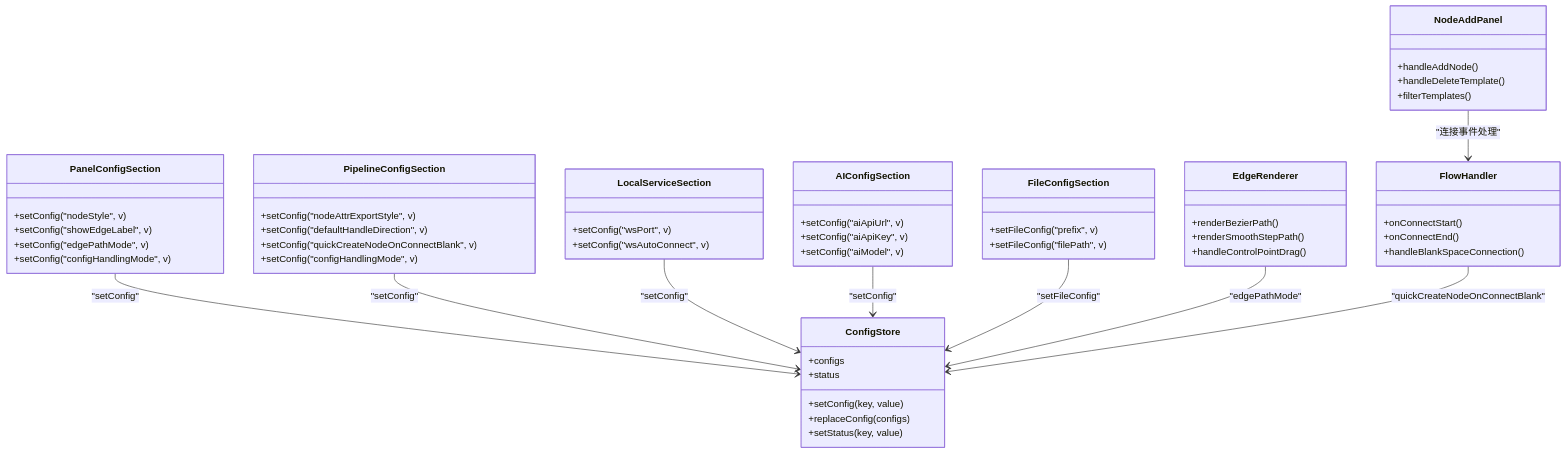
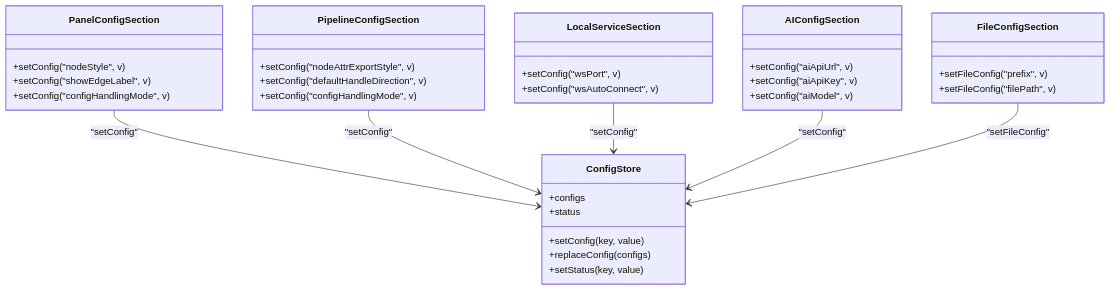
Before and after one commit to kqcoxn/MaaPipelineEditor: the fourth of 4 diagrams in .qoder/repowiki/zh/content/用户界面/面板系统/配置面板/配置面板.md, drawn with Mermaid. The commit also changed other lines of this file and 50 other files, not shown here.

````diff
--- a/.qoder/repowiki/zh/content/用户界面/面板系统/配置面板/配置面板.md
+++ b/.qoder/repowiki/zh/content/用户界面/面板系统/配置面板/配置面板.md
@@ -357,58 +269,38 @@
 ```mermaid
 classDiagram
 class ConfigStore {
 +configs
 +setConfig(key, value)
 +replaceConfig(configs)
 +status
 +setStatus(key, value)
 }
 class PanelConfigSection {
 +setConfig("nodeStyle", v)
 +setConfig("showEdgeLabel", v)
-+setConfig("edgePathMode", v)
 +setConfig("configHandlingMode", v)
 }
 class PipelineConfigSection {
 +setConfig("nodeAttrExportStyle", v)
 +setConfig("defaultHandleDirection", v)
-+setConfig("quickCreateNodeOnConnectBlank", v)
 +setConfig("configHandlingMode", v)
 }
 class LocalServiceSection {
 +setConfig("wsPort", v)
 +setConfig("wsAutoConnect", v)
 }
 class AIConfigSection {
 +setConfig("aiApiUrl", v)
 +setConfig("aiApiKey", v)
 +setConfig("aiModel", v)
 }
 class FileConfigSection {
 +setFileConfig("prefix", v)
 +setFileConfig("filePath", v)
 }
-class EdgeRenderer {
-+renderBezierPath()
-+renderSmoothStepPath()
-+handleControlPointDrag()
-}
-class FlowHandler {
-+onConnectStart()
-+onConnectEnd()
-+handleBlankSpaceConnection()
-}
-class NodeAddPanel {
-+handleAddNode()
-+handleDeleteTemplate()
-+filterTemplates()
-}
 PanelConfigSection --> ConfigStore : "setConfig"
 PipelineConfigSection --> ConfigStore : "setConfig"
 LocalServiceSection --> ConfigStore : "setConfig"
 AIConfigSection --> ConfigStore : "setConfig"
 FileConfigSection --> ConfigStore : "setFileConfig"
-EdgeRenderer --> ConfigStore : "edgePathMode"
-FlowHandler --> ConfigStore : "quickCreateNodeOnConnectBlank"
-NodeAddPanel --> FlowHandler : "连接事件处理"
 ```
````
